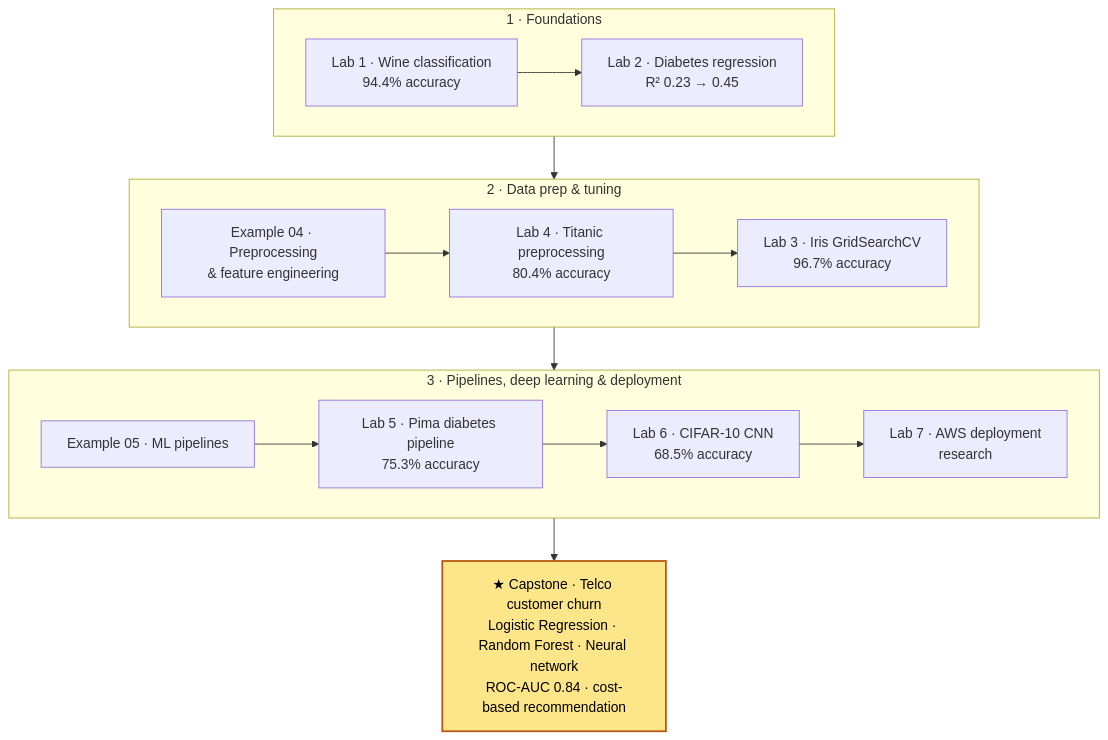
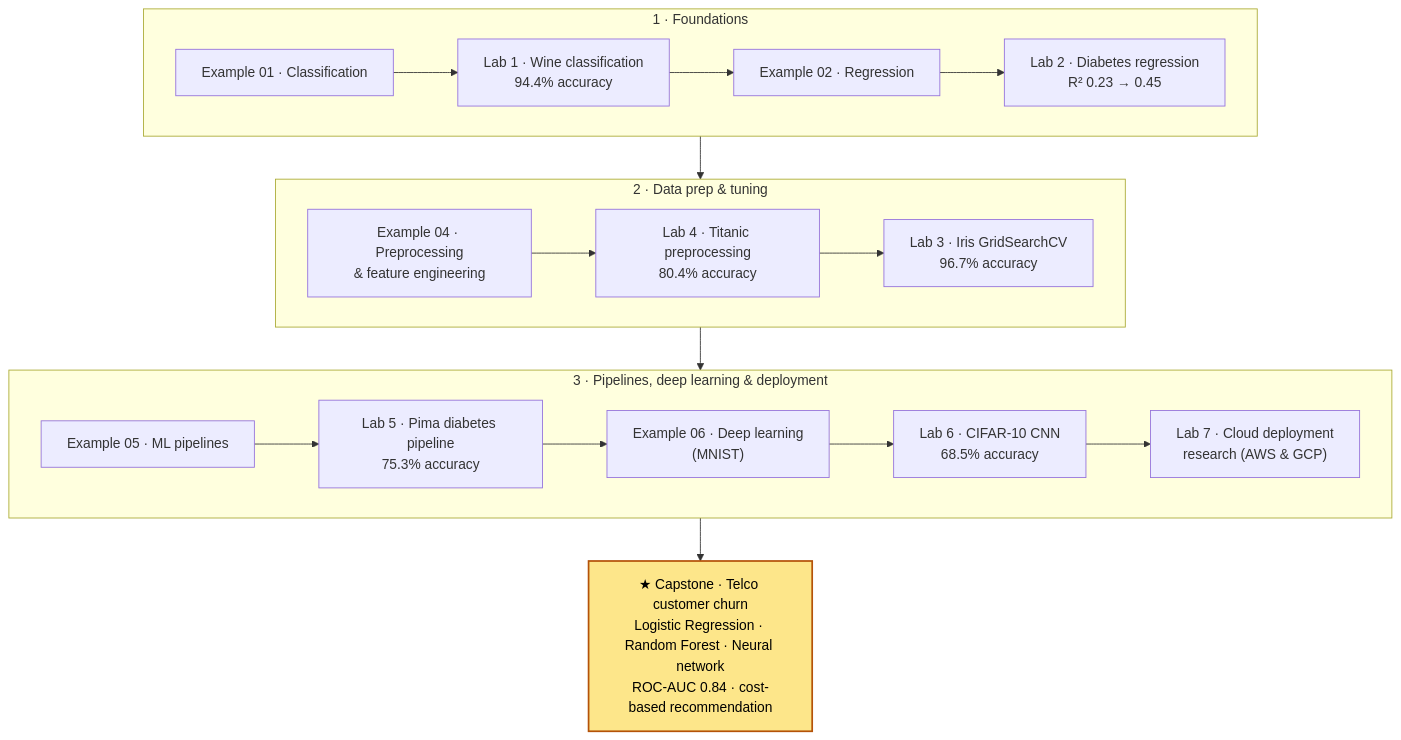
The diagram in README.md (hossain8078/Machine-Learning-and-Deep-Learning), drawn with Mermaid before and after one commit. The commit also changed other lines of this file, not shown here.

Commit message:
Update README with new examples and GCP report

````diff
--- a/README.md
+++ b/README.md
@@ -12,30 +12,33 @@
 ```mermaid
 flowchart TB
     subgraph F["1 · Foundations"]
         direction LR
+        E1["Example 01 · Classification"]
         L1["Lab 1 · Wine classification<br/>94.4% accuracy"]
+        E2["Example 02 · Regression"]
         L2["Lab 2 · Diabetes regression<br/>R² 0.23 → 0.45"]
-        L1 --> L2
+        E1 --> L1 --> E2 --> L2
     end
     subgraph P["2 · Data prep & tuning"]
         direction LR
         E4["Example 04 · Preprocessing<br/>& feature engineering"]
         L4["Lab 4 · Titanic preprocessing<br/>80.4% accuracy"]
         L3["Lab 3 · Iris GridSearchCV<br/>96.7% accuracy"]
         E4 --> L4 --> L3
     end
     subgraph PL["3 · Pipelines, deep learning & deployment"]
         direction LR
         E5["Example 05 · ML pipelines"]
         L5["Lab 5 · Pima diabetes pipeline<br/>75.3% accuracy"]
+        E6["Example 06 · Deep learning<br/>(MNIST)"]
         L6["Lab 6 · CIFAR-10 CNN<br/>68.5% accuracy"]
-        L7["Lab 7 · AWS deployment<br/>research"]
-        E5 --> L5 --> L6 --> L7
+        L7["Lab 7 · Cloud deployment<br/>research (AWS & GCP)"]
+        E5 --> L5 --> E6 --> L6 --> L7
     end
     C["★ Capstone · Telco customer churn<br/>Logistic Regression · Random Forest · Neural network<br/>ROC-AUC 0.84 · cost-based recommendation"]
 
     F --> P --> PL --> C
 
     classDef cap fill:#fde68a,stroke:#b45309,stroke-width:2px,color:#000;
     class C cap;
 ```
````
